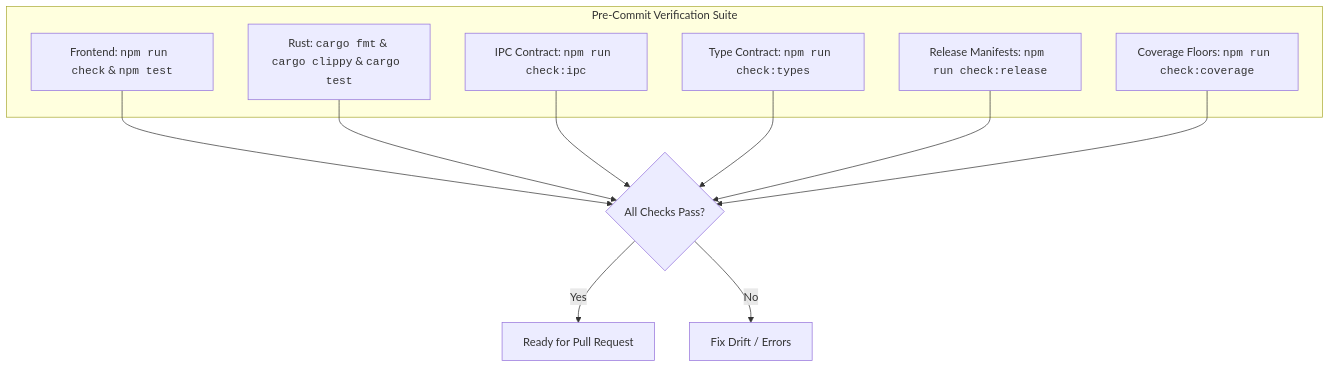
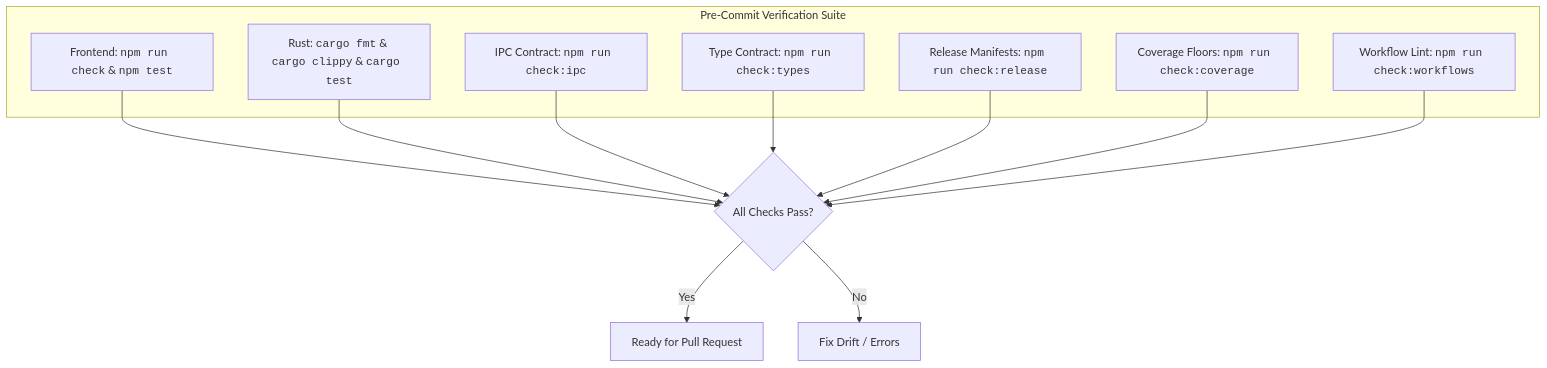
Before and after one commit to bharathvbcr/GitPulse: the diagram in CONTRIBUTING.md, drawn with Mermaid. The commit also changed other lines of this file and 5 other files, not shown here.

First line of the commit message:
ci: lint the GitHub Actions workflows

````diff
--- a/CONTRIBUTING.md
+++ b/CONTRIBUTING.md
@@ -102,21 +103,23 @@
 ```mermaid
 flowchart TD
     subgraph PreCommit["Pre-Commit Verification Suite"]
         FrontendChecks["Frontend: <code>npm run check</code> & <code>npm test</code>"]
         RustChecks["Rust: <code>cargo fmt</code> & <code>cargo clippy</code> & <code>cargo test</code>"]
         IPCCheck["IPC Contract: <code>npm run check:ipc</code>"]
         TypeCheck["Type Contract: <code>npm run check:types</code>"]
         ReleaseCheck["Release Manifests: <code>npm run check:release</code>"]
         CoverageCheck["Coverage Floors: <code>npm run check:coverage</code>"]
+        WorkflowCheck["Workflow Lint: <code>npm run check:workflows</code>"]
     end
 
     FrontendChecks --> AllPass{"All Checks Pass?"}
     RustChecks --> AllPass
     IPCCheck --> AllPass
     TypeCheck --> AllPass
     ReleaseCheck --> AllPass
     CoverageCheck --> AllPass
+    WorkflowCheck --> AllPass
 
     AllPass -->|Yes| ReadyPR["Ready for Pull Request"]
     AllPass -->|No| FixCode["Fix Drift / Errors"]
 ```
````
